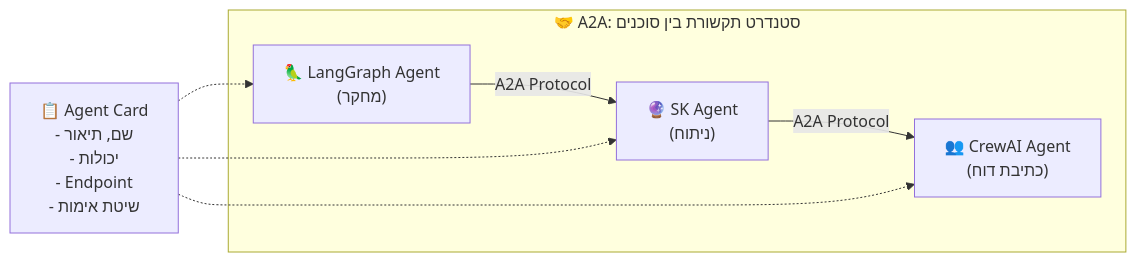
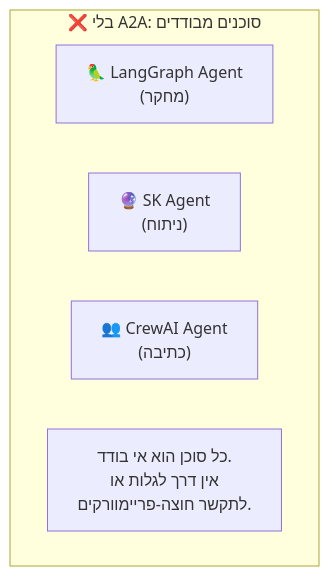
Before and after one commit to roie9876/AI-Agent-Platform: diagram 17 of 27 in education/heb/16-agent-frameworks.md, drawn with Mermaid. The commit also changed other lines of this file and 1 other file, not shown here.

Commit message:
fix+feat: escape dollar signs in mermaid, expand MCP and A2A sections in chapter 16 with architecture diagrams, code examples, Agent Card JSON samples, and communication flows

````diff
--- a/education/heb/16-agent-frameworks.md
+++ b/education/heb/16-agent-frameworks.md
@@ -674,9 +814,9 @@
 ```mermaid
-graph LR
-    subgraph "🤝 A2A: סטנדרט תקשורת בין סוכנים"
-        AgentA["🦜 LangGraph Agent<br/>(מחקר)"] -->|"A2A Protocol"| AgentB["🔮 SK Agent<br/>(ניתוח)"]
-        AgentB -->|"A2A Protocol"| AgentC["👥 CrewAI Agent<br/>(כתיבת דוח)"]
+graph TB
+    subgraph "❌ בלי A2A: סוכנים מבודדים"
+        LG_Agent["🦜 LangGraph Agent<br/>(מחקר)"]
+        SK_Agent["🔮 SK Agent<br/>(ניתוח)"]
+        CR_Agent["👥 CrewAI Agent<br/>(כתיבה)"]
+        Note1["כל סוכן הוא אי בודד.<br/>אין דרך לגלות או<br/>לתקשר חוצה-פריימוורקים."]
     end
-    
-    Card["📋 Agent Card<br/>- שם, תיאור<br/>- יכולות<br/>- Endpoint<br/>- שיטת אימות"] -.-> AgentA & AgentB & AgentC
 ```
````
